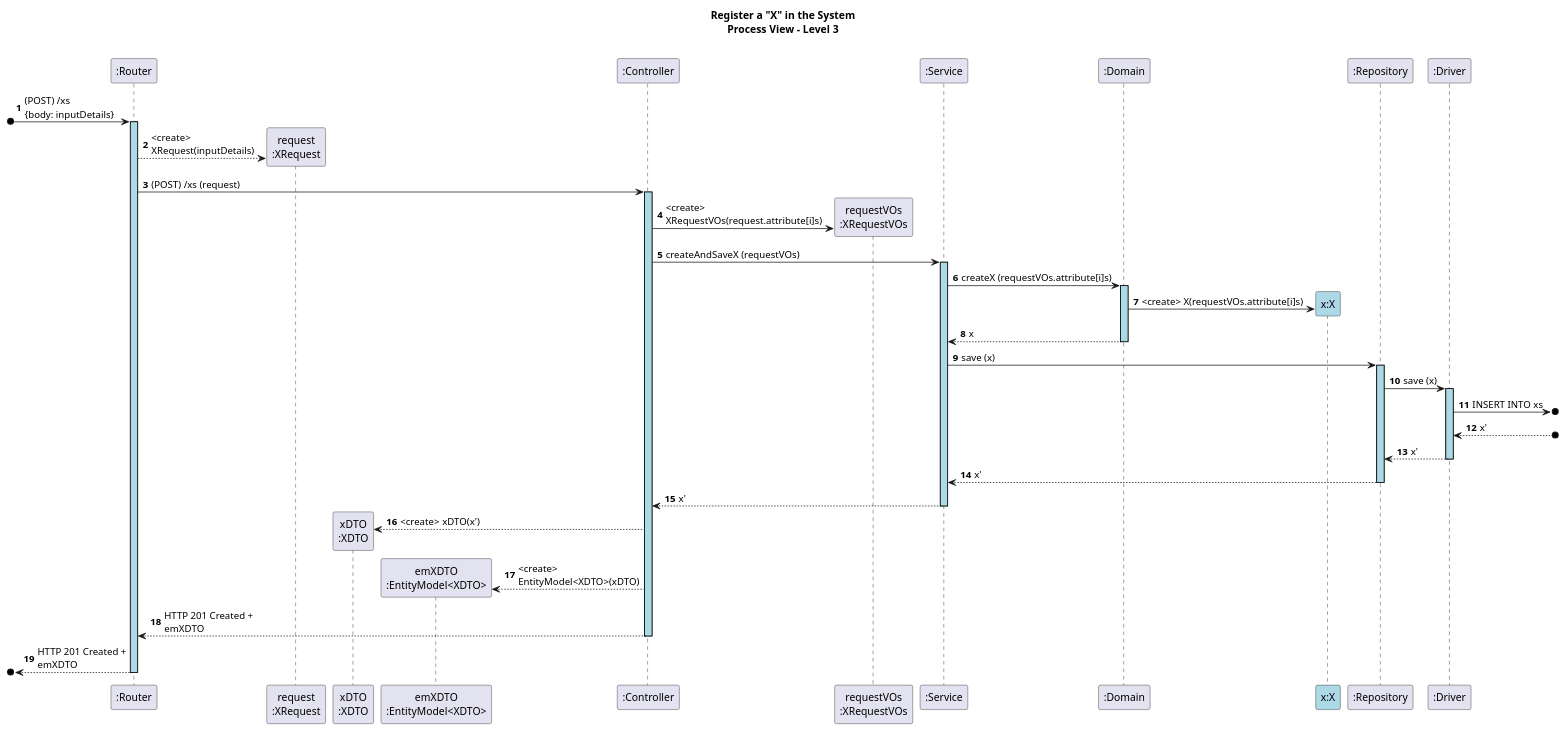
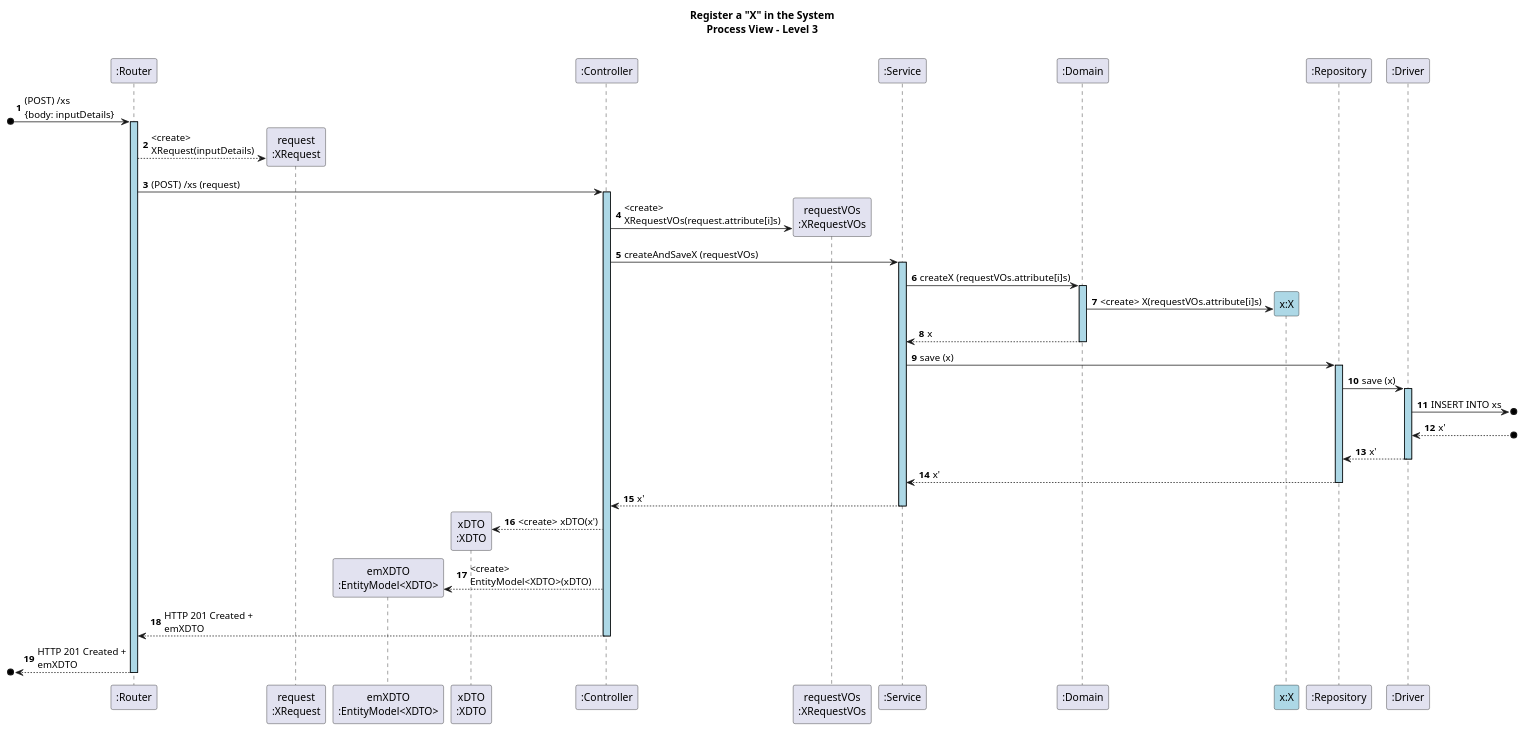
The diagram in docs/US05/sprint7/ProcessView/POST_ProcessView_Level3.puml (GasparISEP/DevOps-PAI), drawn with PlantUML before and after one commit. The commit also changed other lines of this file, not shown here.

```diff
--- a/docs/US05/sprint7/ProcessView/POST_ProcessView_Level3.puml
+++ b/docs/US05/sprint7/ProcessView/POST_ProcessView_Level3.puml
@@ -1,59 +1,59 @@
 @startuml
 autonumber
 
 skinparam sequence {
     LifelineBorderColor black
     LifelineBackgroundColor LightBlue
     ActorBorderColor black
     ActorBackgroundColor LightGray
     GroupBorderColor #cccccc
     GroupBackgroundColor #f2f2f2
 }
 
 title Register a "X" in the System\nProcess View – Level 3
 
 participant ":Router" as RT
 participant "request\n:XRequest" as request
+participant "emXDTO\n:EntityModel<XDTO>" as emXDTO
 participant "xDTO\n:XDTO" as XDTO
-participant "emXDTO\n:EntityModel<XDTO>" as emXDTO
 participant ":Controller" as CT
 participant "requestVOs\n:XRequestVOs" as requestVOs
 participant ":Service" as SE
 participant ":Domain" as DM
 participant "x:X" as X #lightBlue
 participant ":Repository" as RE
 participant ":Driver" as DV
 
 
 [o-> RT ++: (POST) /xs \n{body: inputDetails}
 RT --> request **: <create> \nXRequest(inputDetails)
 RT -> CT ++: (POST) /xs (request)
 CT -> requestVOs **: <create> \nXRequestVOs(request.attribute[i]s)
 
 
 CT -> SE ++: createAndSaveX (requestVOs)
 
 
 SE -> DM ++: createX (requestVOs.attribute[i]s)
 DM -> X **: <create> X(requestVOs.attribute[i]s)
 DM --> SE --: x
 
 
 
 SE -> RE ++: save (x)
 RE -> DV++: save (x)
 DV ->o]: INSERT INTO xs
 DV <--o]: x'
 DV --> RE -- : x'
 RE --> SE --: x'
 
 
 SE --> CT --: x'
 CT --> XDTO **: <create> xDTO(x')
 CT --> emXDTO **: <create> \nEntityModel<XDTO>(xDTO)
 
 CT --> RT --: HTTP 201 Created + \nemXDTO
 [o<-- RT --: HTTP 201 Created + \nemXDTO
 
 
 @enduml
```
